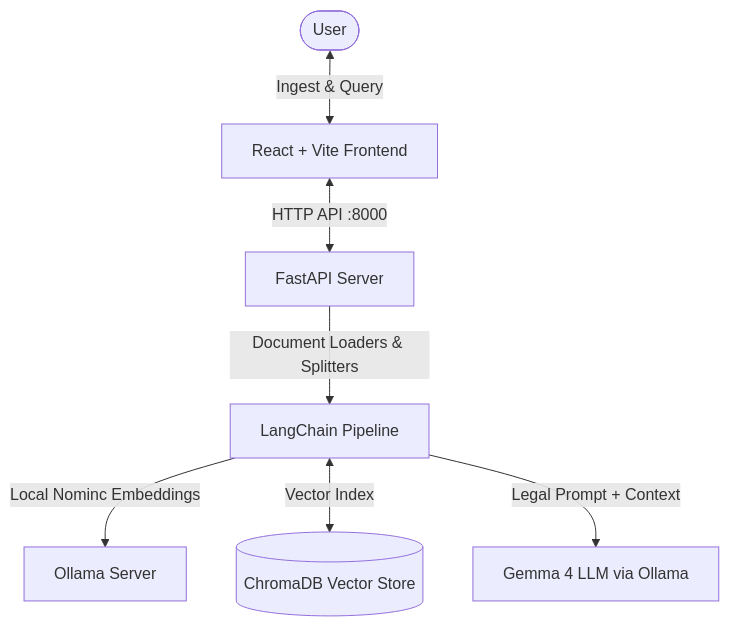
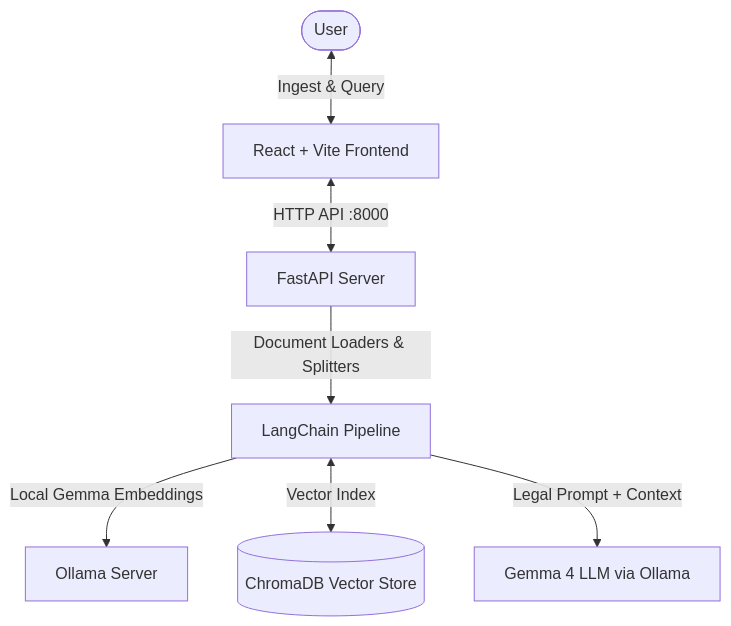
One commit to zacangzz/ntu-sctp-rag-exercise changed the diagram in README.md. Above: the diagram before and after it, drawn with Mermaid. The commit also changed other lines of this file and 20 other files, not shown here.

````diff
--- a/README.md
+++ b/README.md
@@ -11,9 +11,9 @@
 ```mermaid
 graph TD
     User([User]) <--> |Ingest & Query| Frontend[React + Vite Frontend]
     Frontend <--> |HTTP API :8000| Backend[FastAPI Server]
     Backend --> |Document Loaders & Splitters| LangChain[LangChain Pipeline]
-    LangChain --> |Local Nominc Embeddings| Ollama[Ollama Server]
+    LangChain --> |Local Gemma Embeddings| Ollama[Ollama Server]
     LangChain <--> |Vector Index| ChromaDB[(ChromaDB Vector Store)]
     LangChain --> |Legal Prompt + Context| LLM[Gemma 4 LLM via Ollama]
 ```
````
